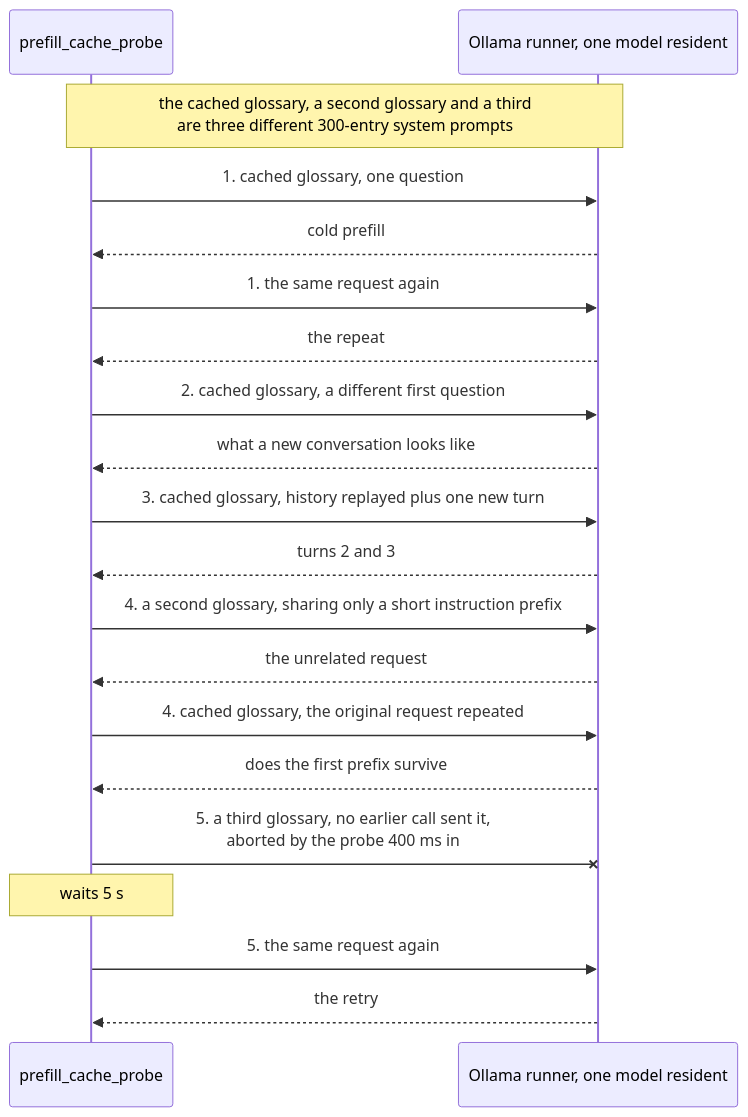
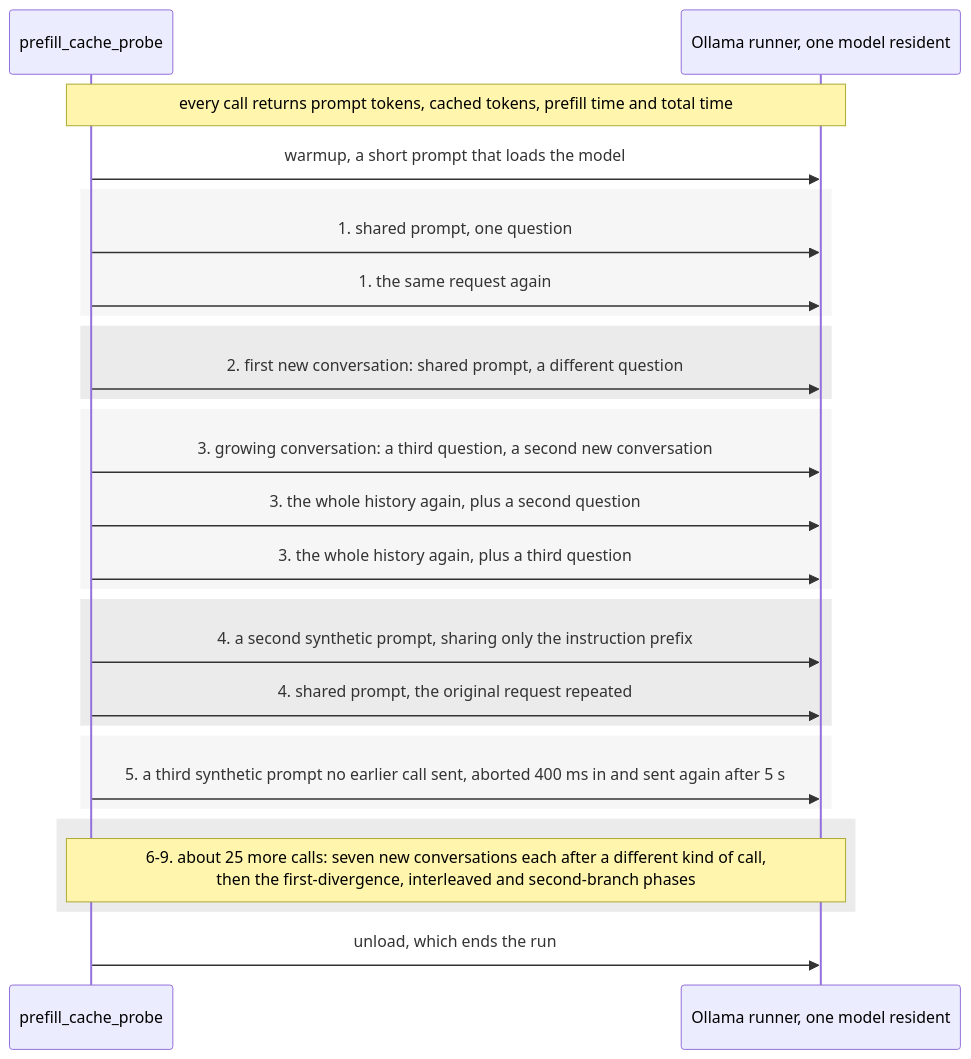
The second of 3 diagrams in adaptive_chat_server_dart/blog/article-8-prompt-cache-draft.md (freemansoft/Flutter-AdaptiveCards), drawn with Mermaid before and after one commit. The commit also changed other lines of this file and 78 other files, not shown here.

First line of the commit message:
docs(chat-server): a new conversation's prompt-cache cost follows the model's memory type (#106)

````diff
--- a/adaptive_chat_server_dart/blog/article-8-prompt-cache-draft.md
+++ b/adaptive_chat_server_dart/blog/article-8-prompt-cache-draft.md
@@ -55,23 +90,35 @@
 ```mermaid
+%%{init: {'themeVariables': {'messageFontSize': '18px', 'actorFontSize': '18px', 'noteFontSize': '16px'}}}%%
 sequenceDiagram
   participant P as prefill_cache_probe
   participant O as Ollama runner, one model resident
 
-  Note over P,O: the cached glossary, a second glossary and a third<br/>are three different 300-entry system prompts
-  P->>O: 1. cached glossary, one question
-  O-->>P: cold prefill
-  P->>O: 1. the same request again
-  O-->>P: the repeat
-  P->>O: 2. cached glossary, a different first question
-  O-->>P: what a new conversation looks like
-  P->>O: 3. cached glossary, history replayed plus one new turn
-  O-->>P: turns 2 and 3
-  P->>O: 4. a second glossary, sharing only a short instruction prefix
-  O-->>P: the unrelated request
-  P->>O: 4. cached glossary, the original request repeated
-  O-->>P: does the first prefix survive
-  P-xO: 5. a third glossary, no earlier call sent it,<br/>aborted by the probe 400 ms in
-  Note over P: waits 5 s
-  P->>O: 5. the same request again
-  O-->>P: the retry
+  Note over P,O: every call returns prompt tokens, cached tokens, prefill time and total time
+
+  P->>O: warmup, a short prompt that loads the model
+
+  rect rgba(128, 128, 128, 0.07)
+    P->>O: 1. shared prompt, one question
+    P->>O: 1. the same request again
+  end
+  rect rgba(128, 128, 128, 0.16)
+    P->>O: 2. first new conversation: shared prompt, a different question
+  end
+  rect rgba(128, 128, 128, 0.07)
+    P->>O: 3. growing conversation: a third question, a second new conversation
+    P->>O: 3. the whole history again, plus a second question
+    P->>O: 3. the whole history again, plus a third question
+  end
+  rect rgba(128, 128, 128, 0.16)
+    P->>O: 4. a second synthetic prompt, sharing only the instruction prefix
+    P->>O: 4. shared prompt, the original request repeated
+  end
+  rect rgba(128, 128, 128, 0.07)
+    P->>O: 5. a third synthetic prompt no earlier call sent, aborted 400 ms in and sent again after 5 s
+  end
+  rect rgba(128, 128, 128, 0.16)
+    Note over P,O: 6-9. about 25 more calls: seven new conversations each after a different kind of call,<br/>then the first-divergence, interleaved and second-branch phases
+  end
+
+  P->>O: unload, which ends the run
 ```
````
